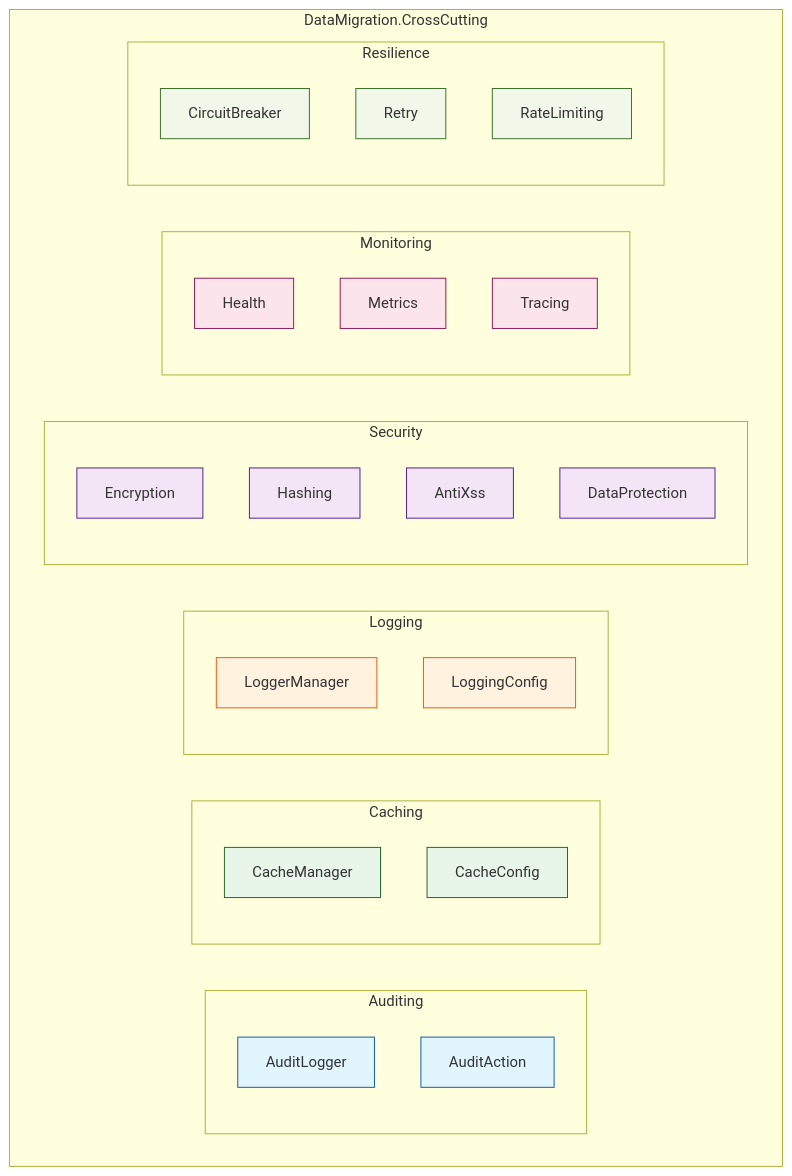
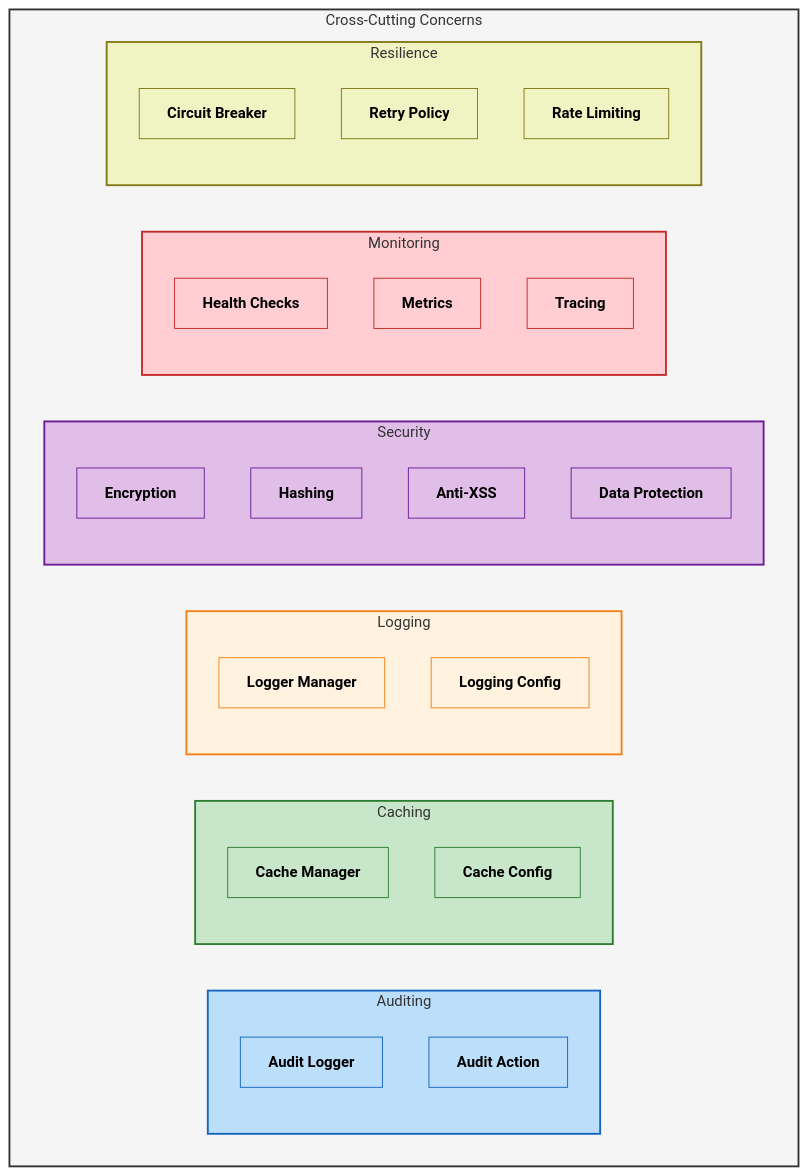
Before and after one commit to parvizrovshanaliyev/DataMigrationSystem: the eighth of 9 diagrams in docs/solution structure.md, drawn with Mermaid. The commit also changed other lines of this file, not shown here.

````diff
--- a/docs/solution structure.md
+++ b/docs/solution structure.md
@@ -158,52 +286,60 @@
 ```mermaid
 graph TB
-    subgraph CrossCutting[DataMigration.CrossCutting]
-        subgraph Auditing
-            AL[AuditLogger]
-            AA[AuditAction]
+    subgraph CrossCutting[Cross-Cutting Concerns]
+        style CrossCutting fill:#f5f5f5,stroke:#333,stroke-width:2px
+
+        subgraph Auditing[Auditing]
+            style Auditing fill:#bbdefb,stroke:#1565c0,stroke-width:2px
+            AL[Audit Logger]
+            AA[Audit Action]
         end
 
-        subgraph Caching
-            CM[CacheManager]
-            CC[CacheConfig]
+        subgraph Caching[Caching]
+            style Caching fill:#c8e6c9,stroke:#2e7d32,stroke-width:2px
+            CM[Cache Manager]
+            CC[Cache Config]
         end
 
-        subgraph Logging
-            LM[LoggerManager]
-            LC[LoggingConfig]
+        subgraph Logging[Logging]
+            style Logging fill:#fff3e0,stroke:#f57f17,stroke-width:2px
+            LM[Logger Manager]
+            LC[Logging Config]
         end
 
-        subgraph Security
+        subgraph Security[Security]
+            style Security fill:#e1bee7,stroke:#6a1b9a,stroke-width:2px
             ENC[Encryption]
             HASH[Hashing]
-            XSS[AntiXss]
-            DP[DataProtection]
+            XSS[Anti-XSS]
+            DP[Data Protection]
         end
 
-        subgraph Monitoring
-            HLT[Health]
+        subgraph Monitoring[Monitoring]
+            style Monitoring fill:#ffcdd2,stroke:#c62828,stroke-width:2px
+            HLT[Health Checks]
             MET[Metrics]
             TRC[Tracing]
         end
 
-        subgraph Resilience
-            CB[CircuitBreaker]
-            RTY[Retry]
-            RL[RateLimiting]
+        subgraph Resilience[Resilience]
+            style Resilience fill:#f0f4c3,stroke:#827717,stroke-width:2px
+            CB[Circuit Breaker]
+            RTY[Retry Policy]
+            RL[Rate Limiting]
         end
     end
 
-    classDef audit fill:#e1f5fe,stroke:#01579b
-    classDef cache fill:#e8f5e9,stroke:#1b5e20
-    classDef log fill:#fff3e0,stroke:#e65100
-    classDef sec fill:#f3e5f5,stroke:#4a148c
-    classDef mon fill:#fce4ec,stroke:#880e4f
-    classDef res fill:#f1f8e9,stroke:#33691e
+    classDef audit fill:#bbdefb,stroke:#1565c0,color:#000000,font-weight:bold
+    classDef cache fill:#c8e6c9,stroke:#2e7d32,color:#000000,font-weight:bold
+    classDef log fill:#fff3e0,stroke:#f57f17,color:#000000,font-weight:bold
+    classDef sec fill:#e1bee7,stroke:#6a1b9a,color:#000000,font-weight:bold
+    classDef mon fill:#ffcdd2,stroke:#c62828,color:#000000,font-weight:bold
+    classDef res fill:#f0f4c3,stroke:#827717,color:#000000,font-weight:bold
 
     class AL,AA audit
     class CM,CC cache
     class LM,LC log
     class ENC,HASH,XSS,DP sec
     class HLT,MET,TRC mon
     class CB,RTY,RL res
 ```
````
